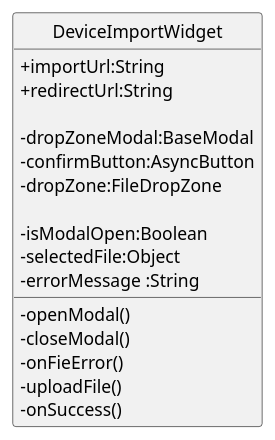
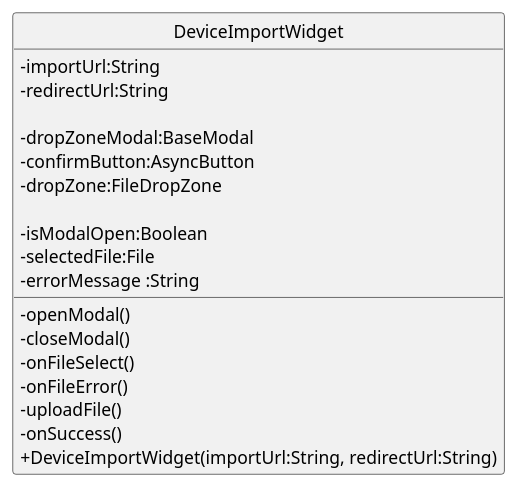
Before and after one commit to GroupRubberDuck/Documentazione: the diagram in src/PB/DocumentazioneEsterna/Specifica_Tecnica/content/05-diagrammi-classi/uml/puml/Frontend/widget/DeviceImportWidget.puml, drawn with PlantUML. The commit also changed 45 other files, not shown here.

```diff
--- a/src/PB/DocumentazioneEsterna/Specifica_Tecnica/content/05-diagrammi-classi/uml/puml/Frontend/widget/DeviceImportWidget.puml
+++ b/src/PB/DocumentazioneEsterna/Specifica_Tecnica/content/05-diagrammi-classi/uml/puml/Frontend/widget/DeviceImportWidget.puml
@@ -1,30 +1,32 @@
 @startuml
 skinparam linetype ortho
 skinparam nodesep 80
 skinparam ranksep 100
 skinparam classAttributeIconSize 0
 skinparam packageStyle rectangle
 skinparam style strictuml
 
 
 class DeviceImportWidget{
-        + importUrl:String
-        + redirectUrl:String
+        - importUrl:String
+        - redirectUrl:String
 
         - dropZoneModal:BaseModal
         - confirmButton:AsyncButton
         - dropZone:FileDropZone
 
         - isModalOpen:Boolean
-        - selectedFile:Object
+        - selectedFile:File
         - errorMessage :String
 
         -openModal()
         - closeModal()
-        - onFieError()
+        - onFileSelect()
+        - onFileError()
         - uploadFile()
         - onSuccess()
+        +DeviceImportWidget(importUrl:String, redirectUrl:String)
 
 }
 
 @enduml
```
